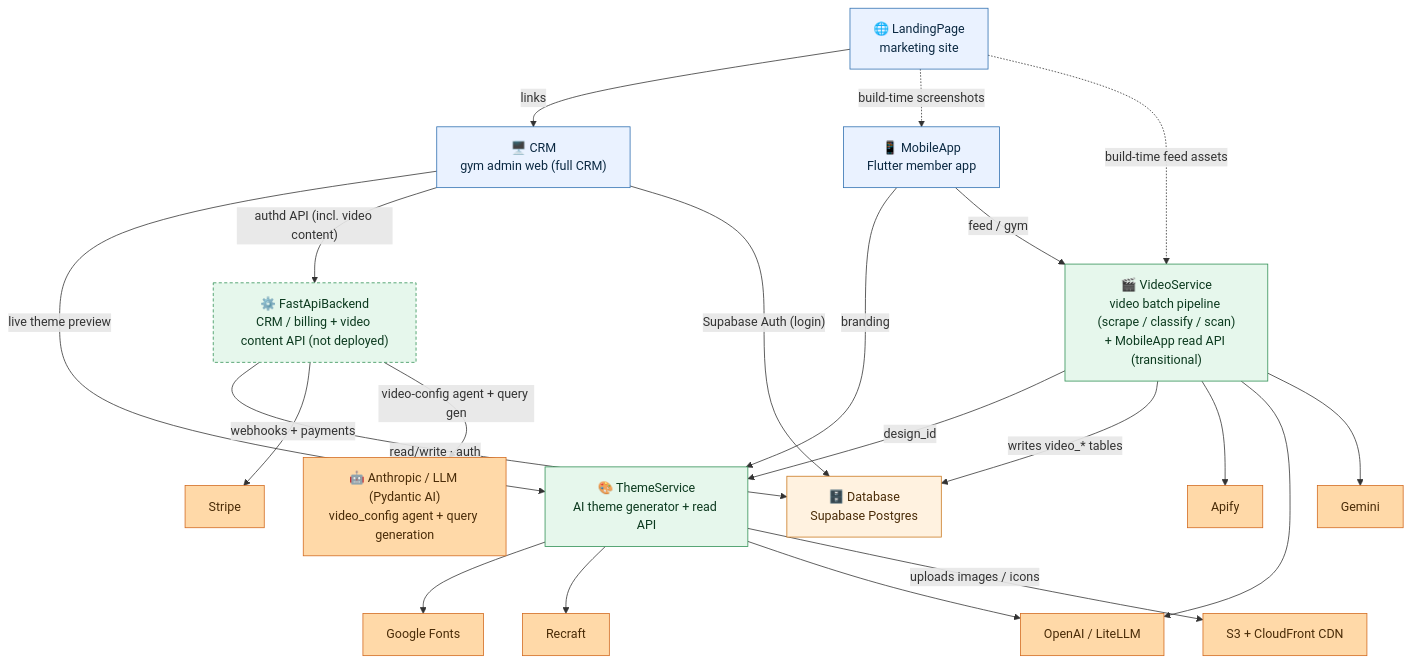
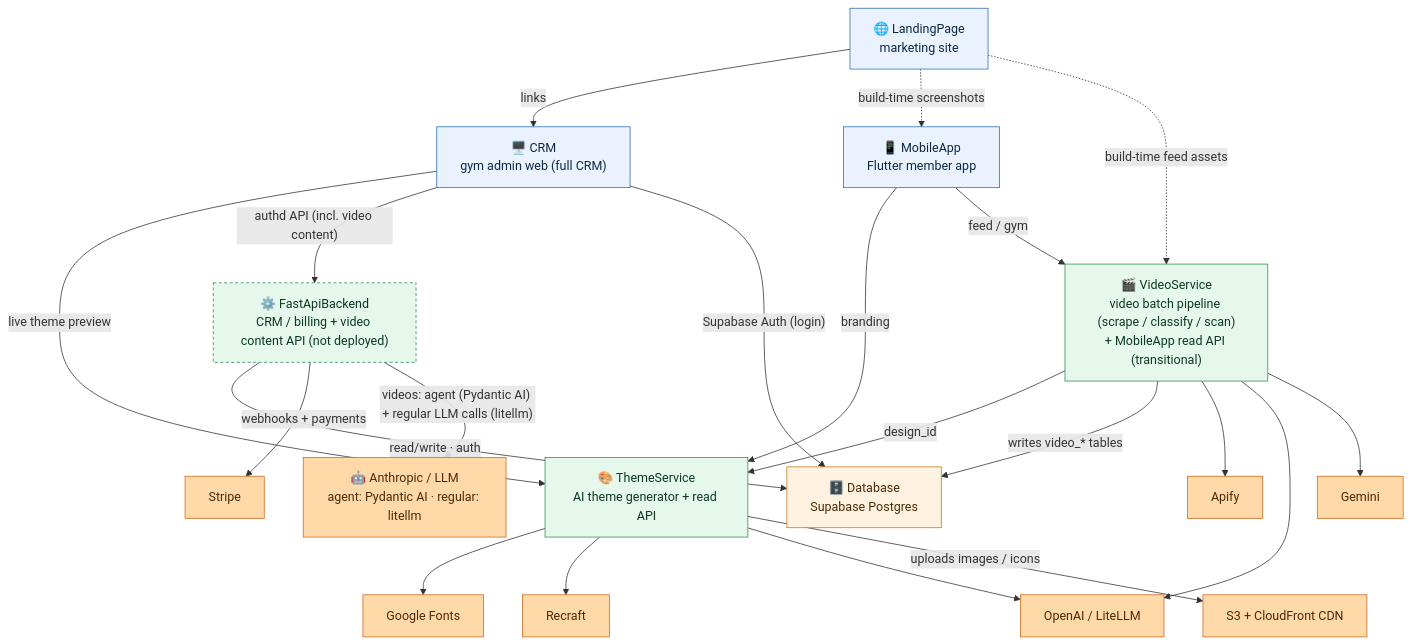
The diagram in README.md (jesse51002/CombatDen), drawn with Mermaid before and after one commit. The commit also changed other lines of this file and 139 other files, not shown here.

First line of the commit message:
videos: LLM spec agent + domain reorg + DB-paginated feed + unified curation model

````diff
--- a/README.md
+++ b/README.md
@@ -16,51 +16,51 @@
 ```mermaid
 flowchart TB
   MobileApp["📱 MobileApp<br/>Flutter member app"]
   CRM["🖥️ CRM<br/>gym admin web (full CRM)"]
   LandingPage["🌐 LandingPage<br/>marketing site"]
 
   ThemeService["🎨 ThemeService<br/>AI theme generator + read API"]
   VideoService["🎬 VideoService<br/>video batch pipeline (scrape / classify / scan)<br/>+ MobileApp read API (transitional)"]
   FastApiBackend["⚙️ FastApiBackend<br/>CRM / billing + video content API (not deployed)"]
 
   Database["🗄️ Database<br/>Supabase Postgres"]
   Stripe["Stripe"]
   LiteLLM["OpenAI / LiteLLM"]
   Gemini["Gemini"]
   Apify["Apify"]
   GoogleFonts["Google Fonts"]
   Recraft["Recraft"]
   CDN["S3 + CloudFront CDN"]
-  LLMProvider["🤖 Anthropic / LLM (Pydantic AI)<br/>video_config agent + query generation"]
+  LLMProvider["🤖 Anthropic / LLM<br/>agent: Pydantic AI · regular: litellm"]
 
   MobileApp -->|"branding"| ThemeService
   MobileApp -->|"feed / gym"| VideoService
   CRM -->|"live theme preview"| ThemeService
   CRM -->|"authd API (incl. video content)"| FastApiBackend
   CRM -->|"Supabase Auth (login)"| Database
   LandingPage -->|"links"| CRM
   LandingPage -.->|"build-time screenshots"| MobileApp
   LandingPage -.->|"build-time feed assets"| VideoService
   VideoService -->|"design_id"| ThemeService
   FastApiBackend -->|"read/write · auth"| Database
   VideoService -->|"writes video_* tables"| Database
   FastApiBackend -->|"webhooks + payments"| Stripe
-  FastApiBackend -->|"video-config agent + query gen"| LLMProvider
+  FastApiBackend -->|"videos: agent (Pydantic AI) + regular LLM calls (litellm)"| LLMProvider
   VideoService --> Apify
   VideoService --> LiteLLM
   VideoService --> Gemini
   ThemeService --> GoogleFonts
   ThemeService --> Recraft
   ThemeService --> LiteLLM
   ThemeService -->|"uploads images / icons"| CDN
 
   classDef client fill:#eaf2ff,stroke:#2f6fb0,color:#0b2942;
   classDef service fill:#e6f7ec,stroke:#2f8f53,color:#0c3a1f;
   classDef data fill:#fff2e0,stroke:#c9781f,color:#4a2c08;
   classDef ext fill:#ffd9a8,stroke:#d2691e,color:#4a2c08;
   class MobileApp,CRM,LandingPage client;
   class ThemeService,VideoService,FastApiBackend service;
   class Database data;
   class Stripe,LiteLLM,Gemini,Apify,GoogleFonts,Recraft,CDN,LLMProvider ext;
   style FastApiBackend stroke-dasharray:4 3;
 ```
````
